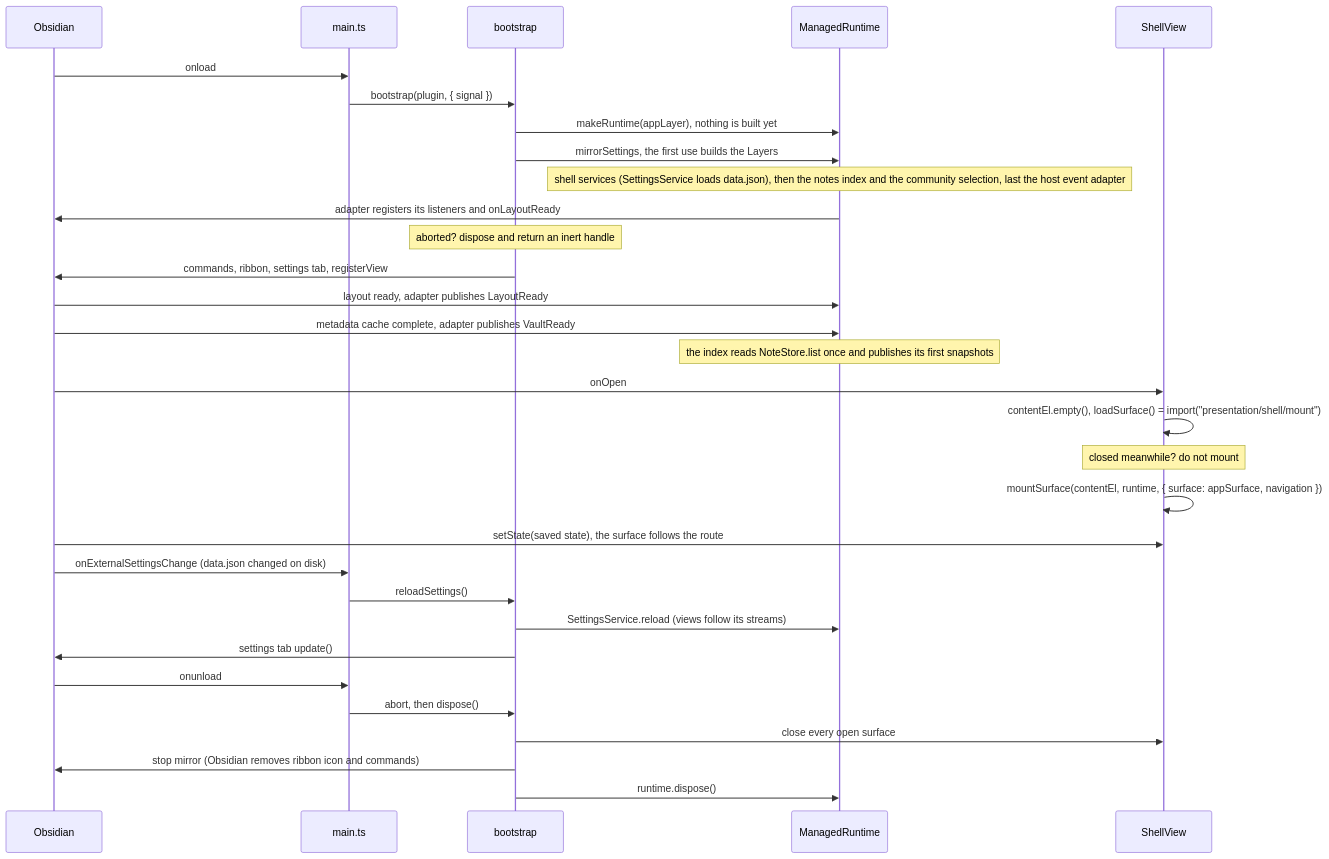
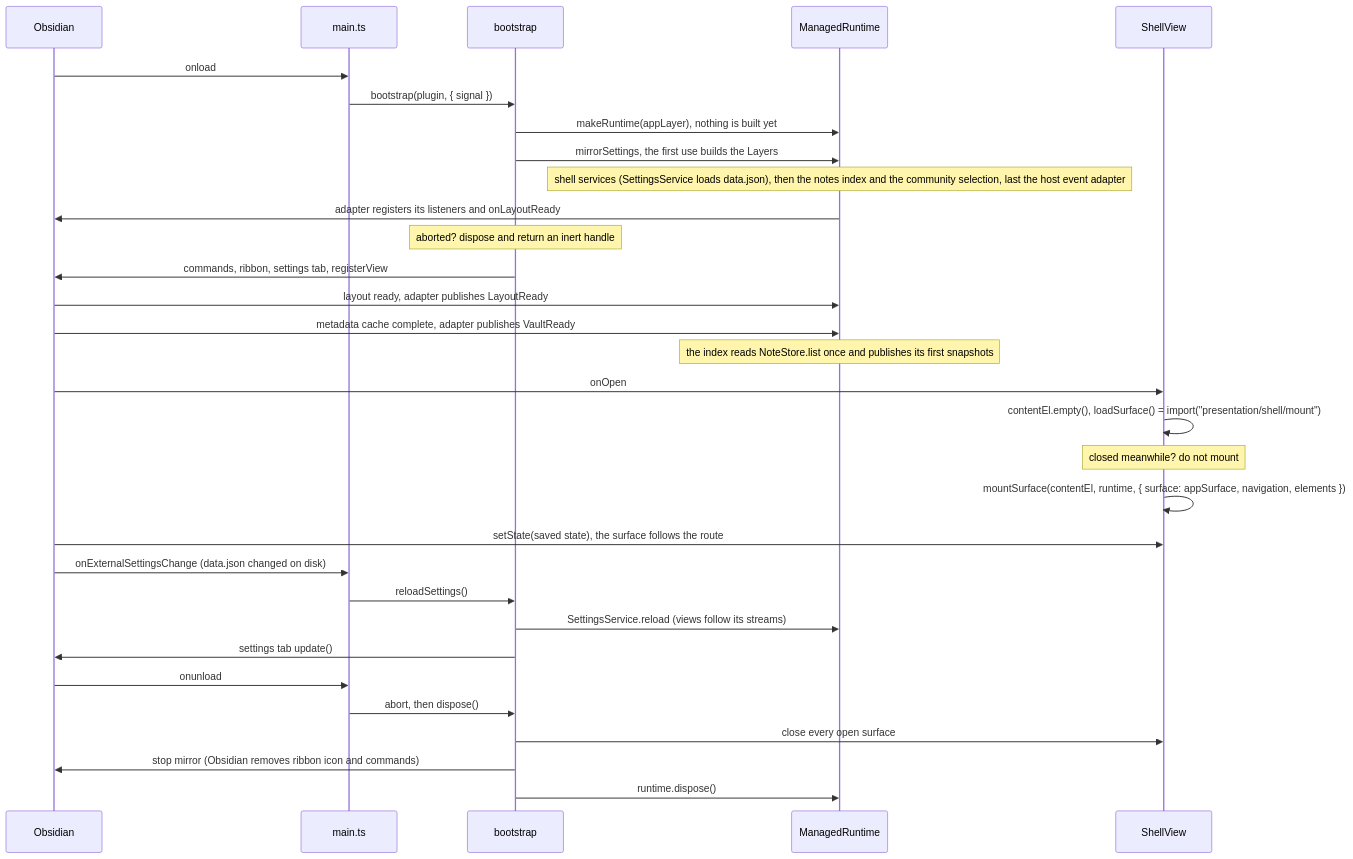
Before and after one commit to Luis85/weg-manager: the third of 5 diagrams in docs/engineering/architecture.md, drawn with Mermaid. The commit also changed other lines of this file and 237 other files, not shown here.

````diff
--- a/docs/engineering/architecture.md
+++ b/docs/engineering/architecture.md
@@ -113,33 +113,33 @@
 ```mermaid
 sequenceDiagram
   participant O as Obsidian
   participant M as main.ts
   participant B as bootstrap
   participant R as ManagedRuntime
   participant V as ShellView
   O->>M: onload
   M->>B: bootstrap(plugin, { signal })
   B->>R: makeRuntime(appLayer), nothing is built yet
   B->>R: mirrorSettings, the first use builds the Layers
   Note over R: shell services (SettingsService loads data.json), then the notes index and the community selection, last the host event adapter
   R->>O: adapter registers its listeners and onLayoutReady
   Note over B: aborted? dispose and return an inert handle
   B->>O: commands, ribbon, settings tab, registerView
   O->>R: layout ready, adapter publishes LayoutReady
   O->>R: metadata cache complete, adapter publishes VaultReady
   Note over R: the index reads NoteStore.list once and publishes its first snapshots
   O->>V: onOpen
   V->>V: contentEl.empty(), loadSurface() = import("presentation/shell/mount")
   Note over V: closed meanwhile? do not mount
-  V->>V: mountSurface(contentEl, runtime, { surface: appSurface, navigation })
+  V->>V: mountSurface(contentEl, runtime, { surface: appSurface, navigation, elements })
   O->>V: setState(saved state), the surface follows the route
   O->>M: onExternalSettingsChange (data.json changed on disk)
   M->>B: reloadSettings()
   B->>R: SettingsService.reload (views follow its streams)
   B->>O: settings tab update()
   O->>M: onunload
   M->>B: abort, then dispose()
   B->>V: close every open surface
   B->>O: stop mirror (Obsidian removes ribbon icon and commands)
   B->>R: runtime.dispose()
 ```
````
